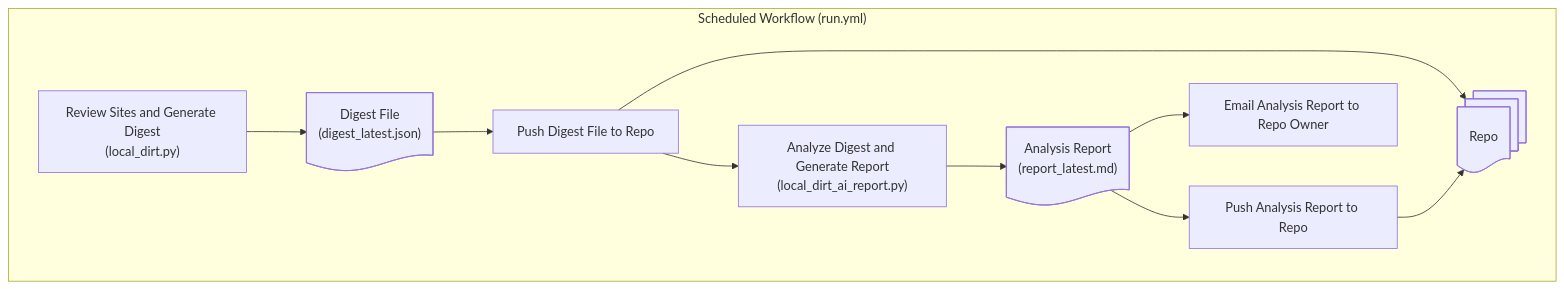
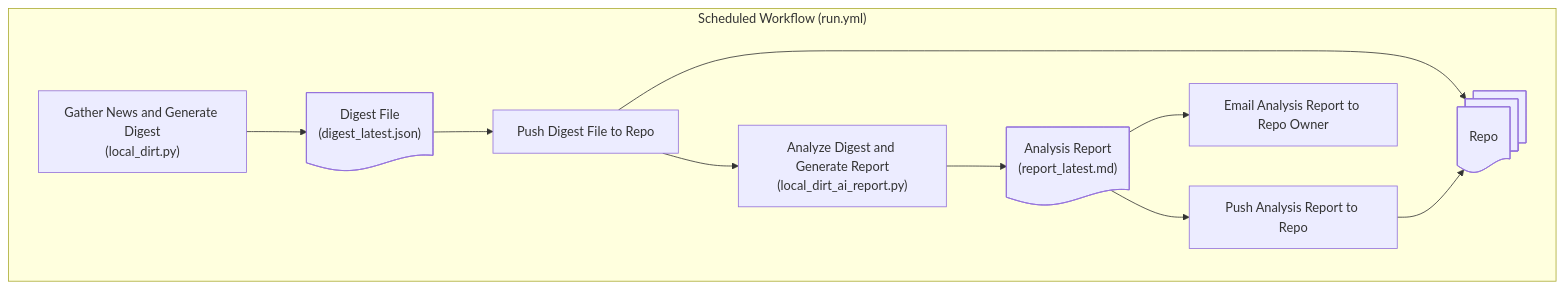
One commit to hoosierjay/local-dirt changed the diagram in README.md. Above: the diagram before and after it, drawn with Mermaid.

````diff
--- a/README.md
+++ b/README.md
@@ -28,21 +28,21 @@
 ```mermaid
 flowchart TD
   subgraph "Scheduled Workflow (run.yml)"
-    Step4.1@{ shape: rect, label: "Review Sites and Generate Digest<br>(local_dirt.py)" }
+    Step4.1@{ shape: rect, label: "Gather News and Generate Digest<br>(local_dirt.py)" }
     Step4.2@{ shape: doc, label: "Digest File<br>(digest_latest.json)" }
     Step5.1@{ shape: rect, label: "Push Digest File to Repo" }
     Step6.1@{ shape: rect, label: "Analyze Digest and Generate Report<br>(local_dirt_ai_report.py)" }
     Step6.2@{ shape: doc, label: "Analysis Report<br>(report_latest.md)" }
     Step7.1@{ shape: rect, label: "Push Analysis Report to Repo" }
     Step8.1@{ shape: rect, label: "Email Analysis Report to Repo Owner" }
     Step9.0@{ shape: docs, label: "Repo" }
   end
   Step4.1 --> Step4.2
   Step4.2 --> Step5.1
   Step5.1 --> Step6.1
   Step6.1 --> Step6.2
   Step6.2 --> Step7.1
   Step6.2 --> Step8.1
   Step5.1 --> Step9.0
   Step7.1 --> Step9.0
 ```
````
